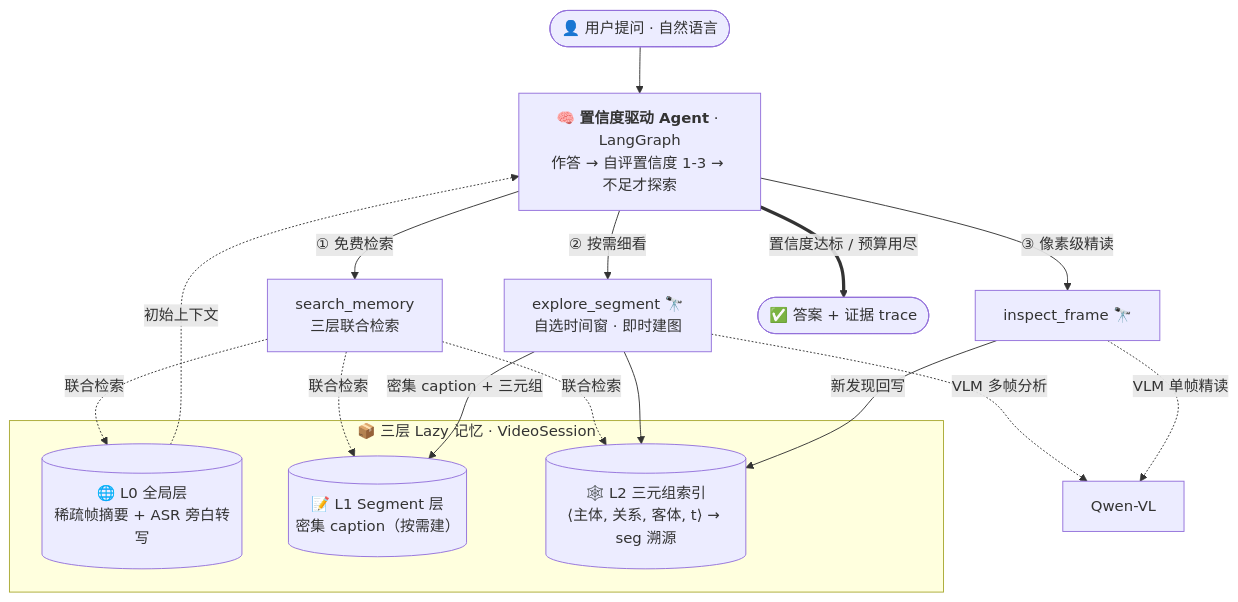
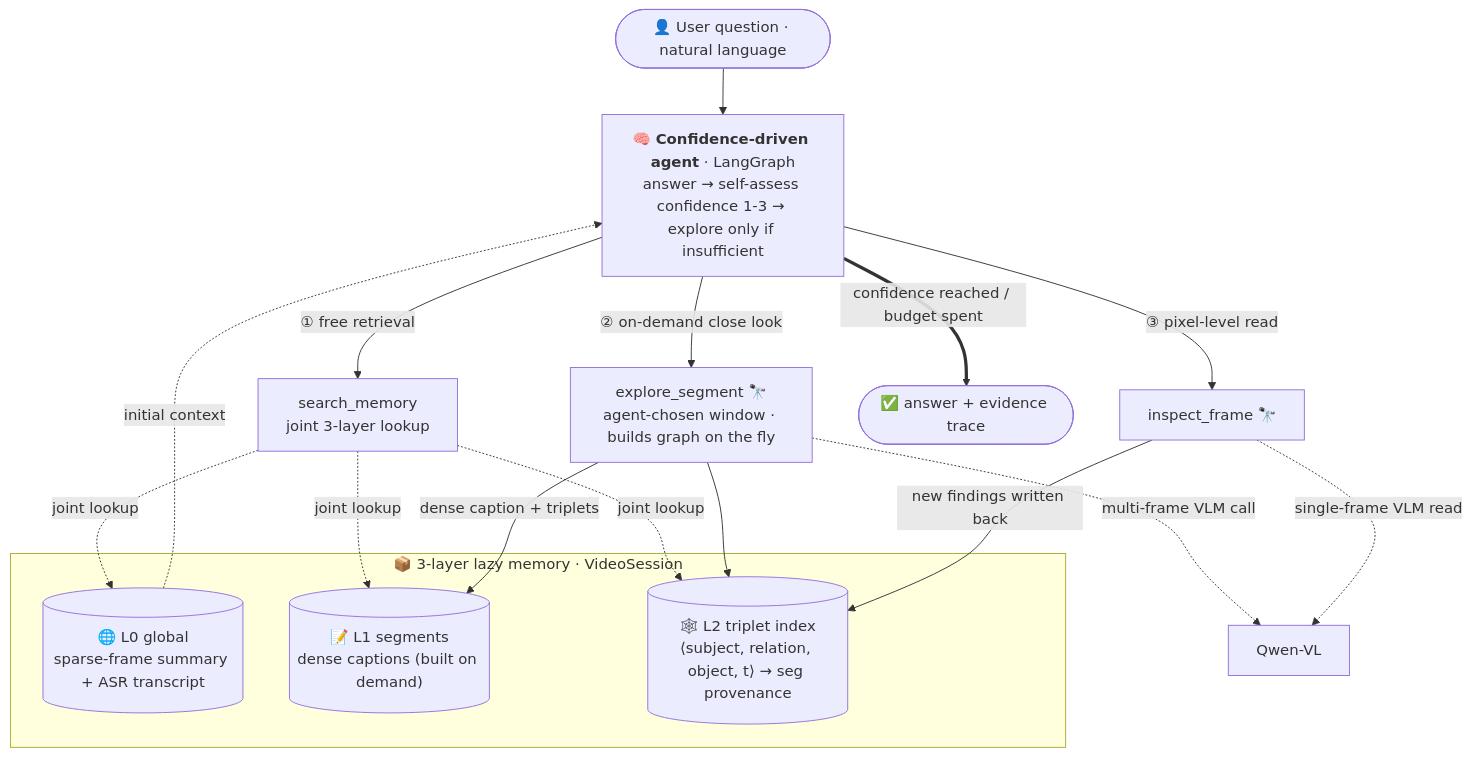
Before and after one commit to Henrick-Cheng/Video-agent: the diagram in README.md, drawn with Mermaid. The commit also changed other lines of this file and 1 other file, not shown here.

````diff
--- a/README.md
+++ b/README.md
@@ -17,27 +19,27 @@
 ```mermaid
 flowchart TD
-    User(["👤 用户提问 · 自然语言"]) --> Agent
+    User(["👤 User question · natural language"]) --> Agent
 
-    Agent["🧠 <b>置信度驱动 Agent</b> · LangGraph<br/>作答 → 自评置信度 1-3 → 不足才探索"]
+    Agent["🧠 <b>Confidence-driven agent</b> · LangGraph<br/>answer → self-assess confidence 1-3 → explore only if insufficient"]
 
-    Agent -->|① 免费检索| T1["search_memory<br/>三层联合检索"]
-    Agent -->|② 按需细看| T2["explore_segment 🔭<br/>自选时间窗 · 即时建图"]
-    Agent -->|③ 像素级精读| T3["inspect_frame 🔭"]
+    Agent -->|"① free retrieval"| T1["search_memory<br/>joint 3-layer lookup"]
+    Agent -->|"② on-demand close look"| T2["explore_segment 🔭<br/>agent-chosen window · builds graph on the fly"]
+    Agent -->|"③ pixel-level read"| T3["inspect_frame 🔭"]
 
-    subgraph MEM["📦 三层 Lazy 记忆 · VideoSession"]
-        L0[("🌐 L0 全局层<br/>稀疏帧摘要 + ASR 旁白转写")]
-        L1[("📝 L1 Segment 层<br/>密集 caption（按需建）")]
-        L2[("🕸️ L2 三元组索引<br/>⟨主体, 关系, 客体, t⟩ → seg 溯源")]
+    subgraph MEM["📦 3-layer lazy memory · VideoSession"]
+        L0[("🌐 L0 global<br/>sparse-frame summary + ASR transcript")]
+        L1[("📝 L1 segments<br/>dense captions (built on demand)")]
+        L2[("🕸️ L2 triplet index<br/>⟨subject, relation, object, t⟩ → seg provenance")]
     end
 
-    T1 -. 联合检索 .-> L0 & L1 & L2
-    T2 -->|密集 caption + 三元组| L1
+    T1 -. joint lookup .-> L0 & L1 & L2
+    T2 -->|dense caption + triplets| L1
     T2 --> L2
-    T3 -->|新发现回写| L2
+    T3 -->|new findings written back| L2
 
-    L0 -. 初始上下文 .-> Agent
-    Agent ==>|置信度达标 / 预算用尽| Answer(["✅ 答案 + 证据 trace"])
+    L0 -. initial context .-> Agent
+    Agent ==>|confidence reached / budget spent| Answer(["✅ answer + evidence trace"])
 
-    T2 -. VLM 多帧分析 .-> VLM["Qwen-VL"]
-    T3 -. VLM 单帧精读 .-> VLM
+    T2 -. multi-frame VLM call .-> VLM["Qwen-VL"]
+    T3 -. single-frame VLM read .-> VLM
 ```
````
